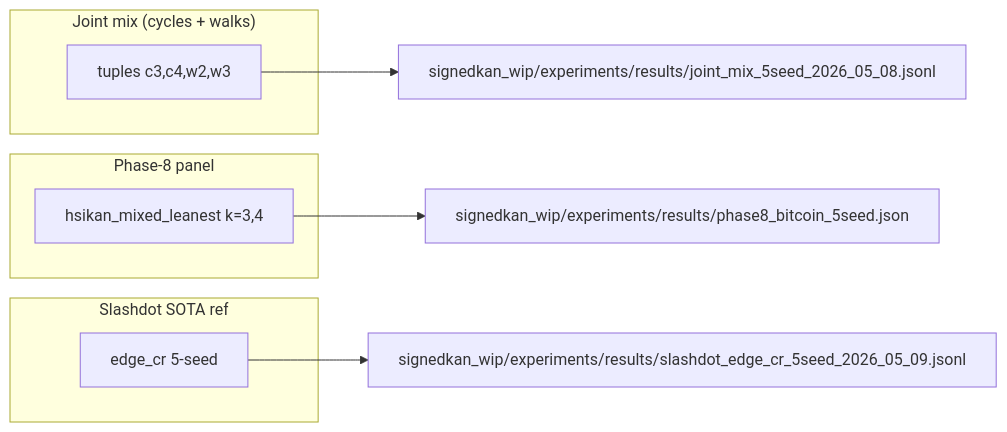
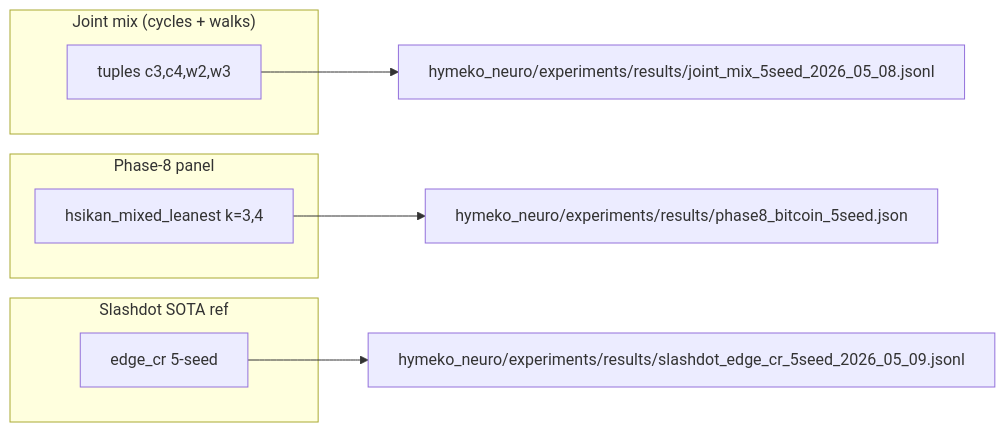
The first of 6 diagrams in docs/SOTA_RESULTS.md (kyberszittya/hymeko_framework_rust), drawn with Mermaid before and after one commit. The commit also changed other lines of this file and 2255 other files, not shown here.

````diff
--- a/docs/SOTA_RESULTS.md
+++ b/docs/SOTA_RESULTS.md
@@ -168,15 +168,15 @@
 ```mermaid
 flowchart LR
   subgraph joint ["Joint mix (cycles + walks)"]
     J["tuples c3,c4,w2,w3"]
   end
   subgraph panel ["Phase-8 panel"]
     P["hsikan_mixed_leanest k=3,4"]
   end
   subgraph slash ["Slashdot SOTA ref"]
     S["edge_cr 5-seed"]
   end
-  J --> F["signedkan_wip/experiments/results/joint_mix_5seed_2026_05_08.jsonl"]
-  P --> G["signedkan_wip/experiments/results/phase8_bitcoin_5seed.json"]
-  S --> H["signedkan_wip/experiments/results/slashdot_edge_cr_5seed_2026_05_09.jsonl"]
+  J --> F["hymeko_neuro/experiments/results/joint_mix_5seed_2026_05_08.jsonl"]
+  P --> G["hymeko_neuro/experiments/results/phase8_bitcoin_5seed.json"]
+  S --> H["hymeko_neuro/experiments/results/slashdot_edge_cr_5seed_2026_05_09.jsonl"]
 ```
````
